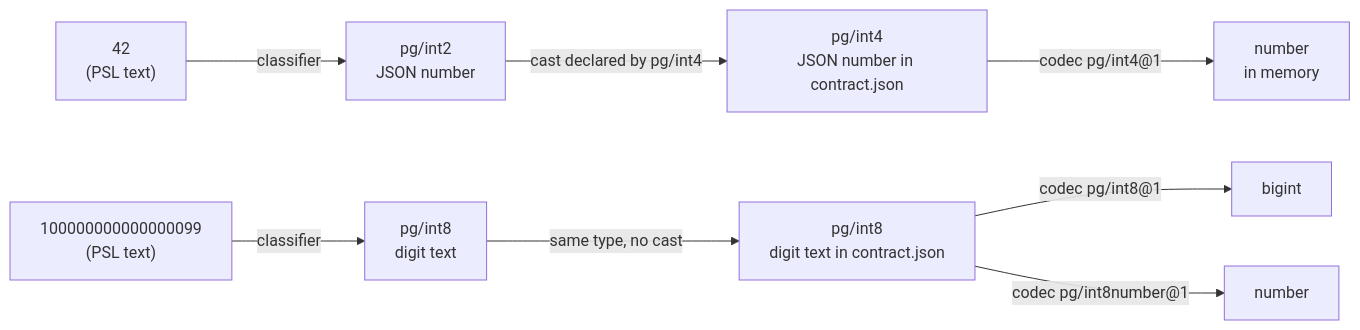
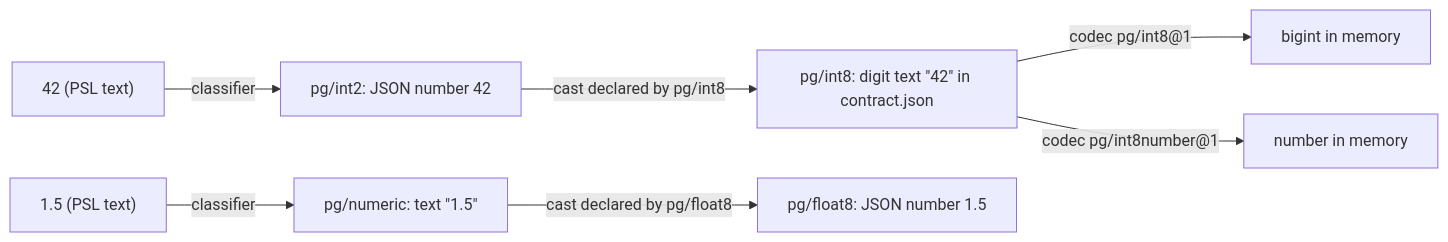
The diagram in docs/architecture docs/adrs/ADR 254 - Data types and casts.md (prisma/orm), drawn with Mermaid before and after one commit. The commit also changed other lines of this file and 1 other file, not shown here.

First line of the commit message:
docs(adr-254): a data type is the database type made first-class

````diff
--- a/docs/architecture docs/adrs/ADR 254 - Data types and casts.md
+++ b/docs/architecture docs/adrs/ADR 254 - Data types and casts.md
@@ -20,10 +20,9 @@
 ```mermaid
 flowchart LR
-  A["42<br/>(PSL text)"] -->|classifier| B["pg/int2<br/>JSON number"]
-  B -->|cast declared by pg/int4| C["pg/int4<br/>JSON number in contract.json"]
-  C -->|codec pg/int4@1| D["number<br/>in memory"]
-  E["100000000000000099<br/>(PSL text)"] -->|classifier| F["pg/int8<br/>digit text"]
-  F -->|same type, no cast| G["pg/int8<br/>digit text in contract.json"]
-  G -->|codec pg/int8@1| H["bigint"]
-  G -->|codec pg/int8number@1| I["number"]
+  A["42 (PSL text)"] -->|classifier| B["pg/int2: JSON number 42"]
+  B -->|cast declared by pg/int8| C["pg/int8: digit text &quot;42&quot; in contract.json"]
+  C -->|codec pg/int8@1| D["bigint in memory"]
+  C -->|codec pg/int8number@1| E["number in memory"]
+  F["1.5 (PSL text)"] -->|classifier| G["pg/numeric: text &quot;1.5&quot;"]
+  G -->|cast declared by pg/float8| H["pg/float8: JSON number 1.5"]
 ```
````
